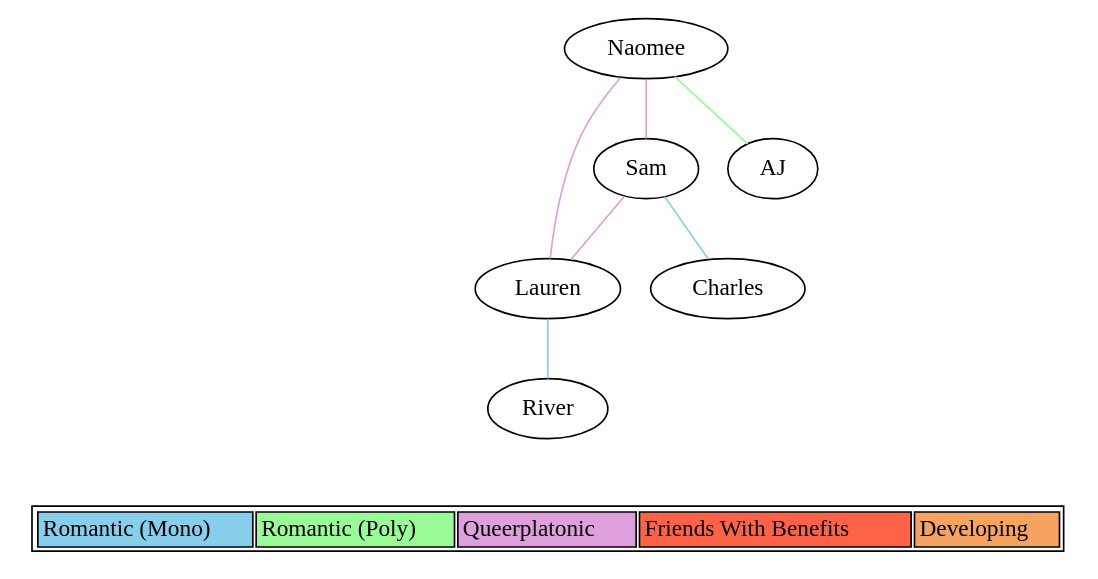
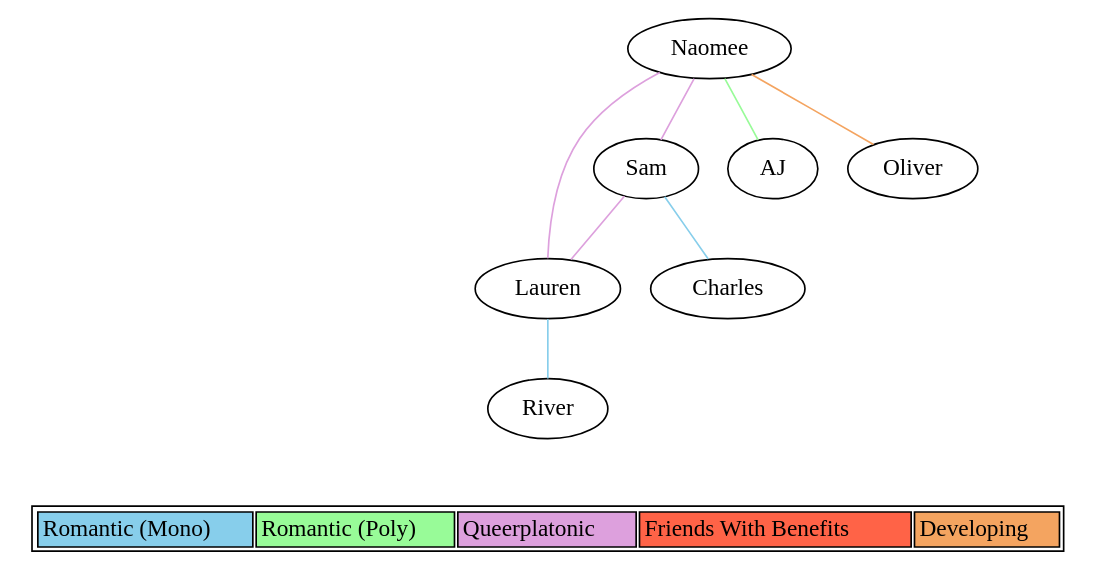
The diagram in share/polycule.dot (naeomees/CuddleCouncil), drawn with Graphviz before and after one commit.

Commit message:
Added Oliver [Developing] to share/polycule.dot.

```diff
--- a/share/polycule.dot
+++ b/share/polycule.dot
@@ -1,27 +1,29 @@
 graph polycule {
   naomee [label="Naomee"]
   sam [label="Sam"]
   lauren [label="Lauren"]
   charles [label="Charles"]
   river [label="River"]
   aj [label="AJ"]
+  oliver [label="Oliver"]
   naomee -- sam [color=plum]
   naomee -- lauren [color=plum]
   sam -- lauren [color=plum]
   sam -- charles [color=skyblue]
   lauren -- river [color=skyblue]
   naomee -- aj [color=palegreen]
+  naomee -- oliver [color=sandybrown]
   { rank = sink;
     Legend [shape=none, label=<
       <table>
         <tr>
           <td class="relRomoMono" bgcolor="skyblue">Romantic (Mono)</td>
           <td class="relRomoPoly" bgcolor="palegreen">Romantic (Poly)</td>
           <td class="relQPR" bgcolor="plum">Queerplatonic</td>
           <td class="relFWB" bgcolor="tomato">Friends With Benefits</td>
           <td class="relDev" bgcolor="sandybrown">Developing</td>
         </tr>
       </table>
     >];
   }
 }
```
